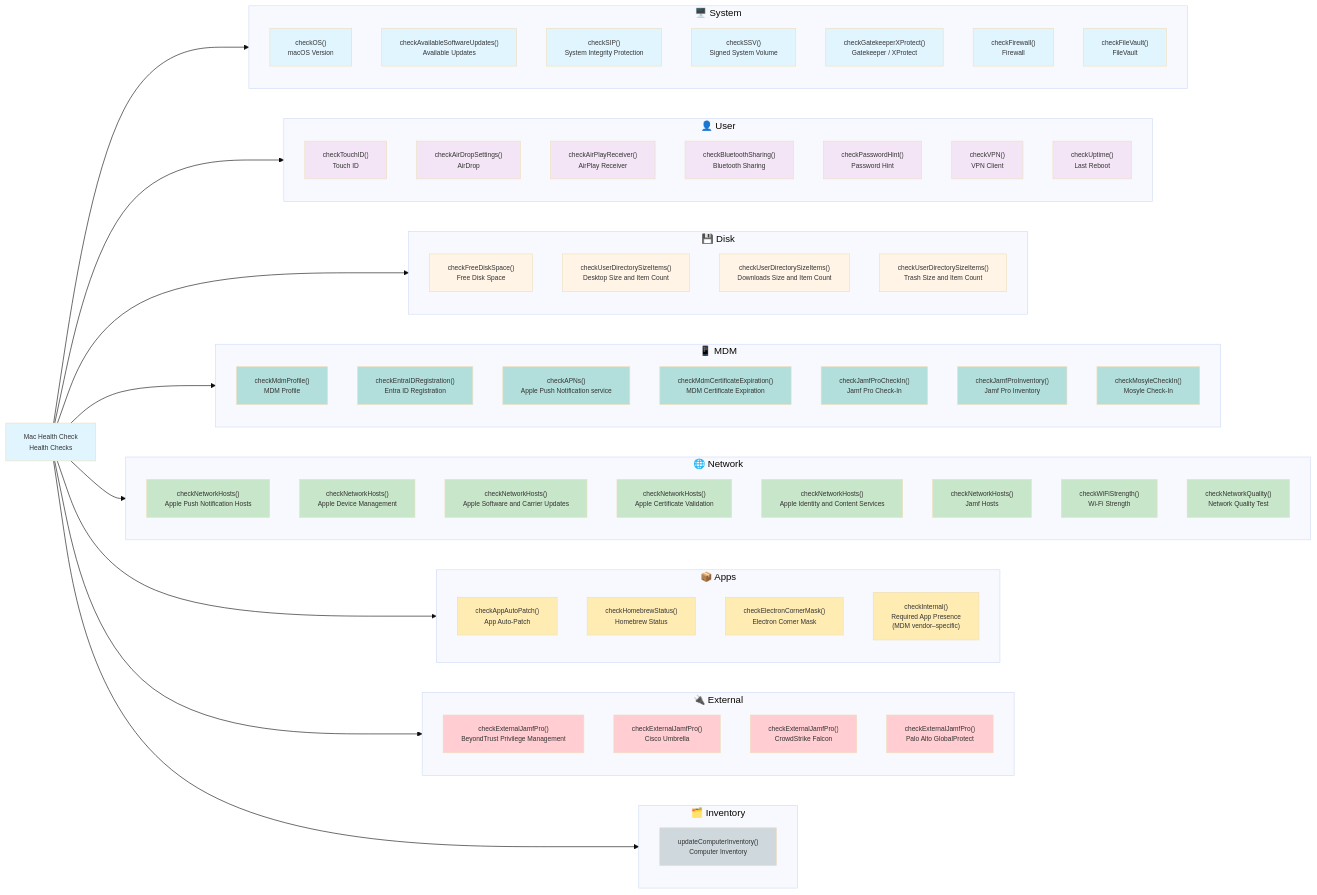
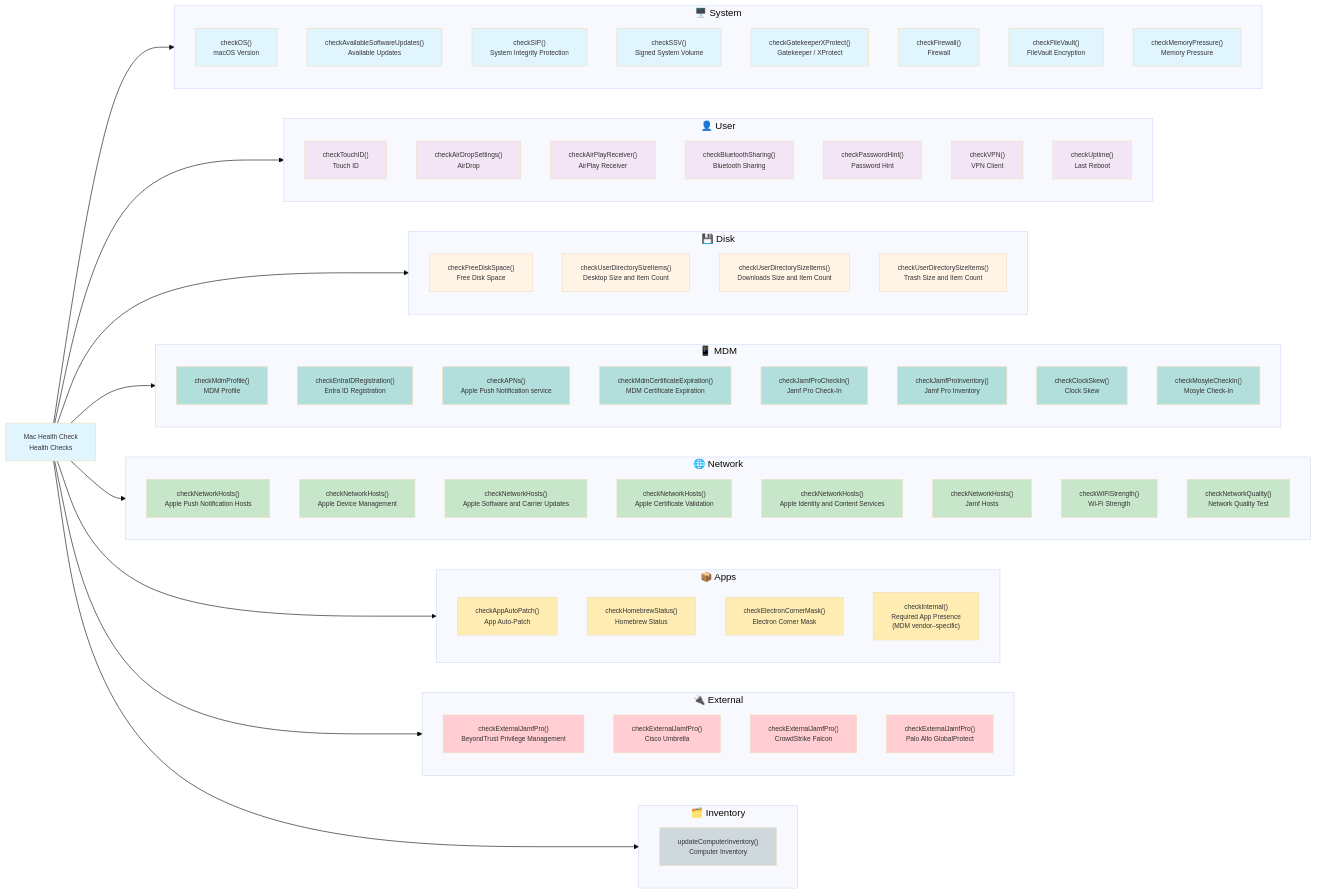
The diagram in Diagrams/03-health-check-categories.md (dan-snelson/Mac-Health-Check), drawn with Mermaid (base theme) before and after one commit. The commit also changed other lines of this file and 56 other files, not shown here.

```diff
--- a/Diagrams/03-health-check-categories.md
+++ b/Diagrams/03-health-check-categories.md
@@ -13,7 +13,8 @@
         S4["checkSSV()<br>Signed System Volume"]
         S5["checkGatekeeperXProtect()<br>Gatekeeper / XProtect"]
         S6["checkFirewall()<br>Firewall"]
-        S7["checkFileVault()<br>FileVault"]
+        S7["checkFileVault()<br>FileVault Encryption"]
+        S8["checkMemoryPressure()<br>Memory Pressure"]
 
         style S1 fill:#e1f5ff
         style S2 fill:#e1f5ff
@@ -22,6 +23,7 @@
         style S5 fill:#e1f5ff
         style S6 fill:#e1f5ff
         style S7 fill:#e1f5ff
+        style S8 fill:#e1f5ff
     end
 
     subgraph User["👤 User"]
@@ -61,7 +63,8 @@
         M4["checkMdmCertificateExpiration()<br>MDM Certificate Expiration"]
         M5["checkJamfProCheckIn()<br>Jamf Pro Check-In"]
         M6["checkJamfProInventory()<br>Jamf Pro Inventory"]
-        M7["checkMosyleCheckIn()<br>Mosyle Check-In"]
+        M7["checkClockSkew()<br>Clock Skew"]
+        M8["checkMosyleCheckIn()<br>Mosyle Check-In"]
 
         style M1 fill:#b2dfdb
         style M2 fill:#b2dfdb
@@ -70,6 +73,7 @@
         style M5 fill:#b2dfdb
         style M6 fill:#b2dfdb
         style M7 fill:#b2dfdb
+        style M8 fill:#b2dfdb
     end
 
     subgraph Network["🌐 Network"]
```
